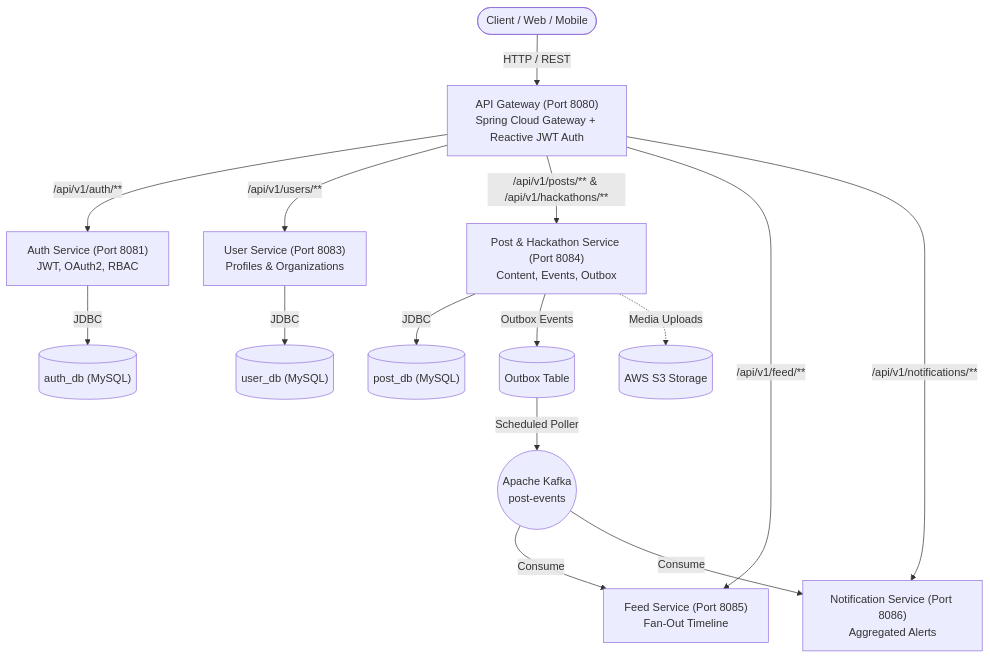
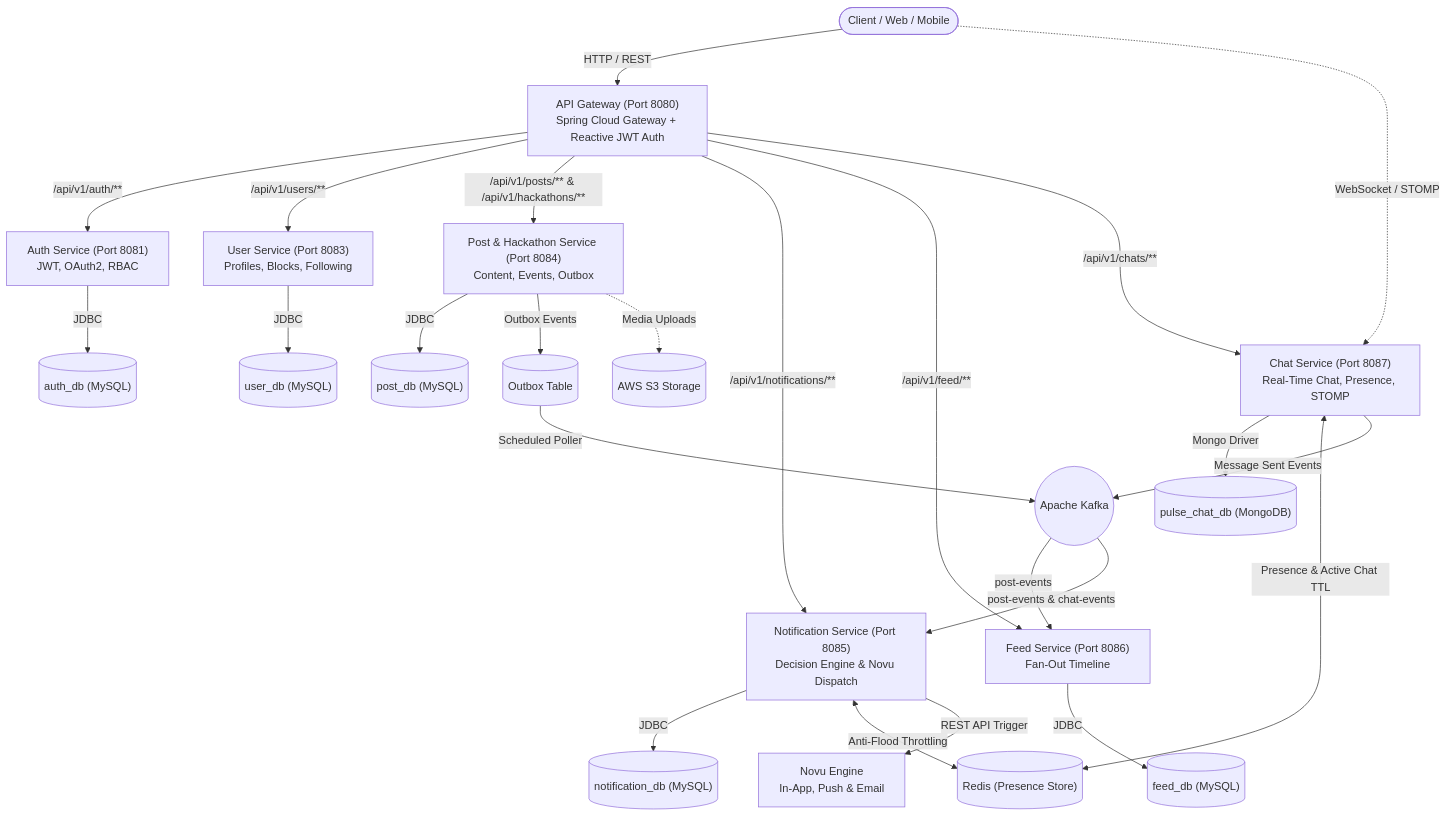
One commit to vidhika-anjne/social-platform changed the diagram in README.md. Above: the diagram before and after it, drawn with Mermaid. The commit also changed other lines of this file, not shown here.

Commit message:
Update README: remove API reference, local dev setup, and testing sections; document chat-service and Novu

````diff
--- a/README.md
+++ b/README.md
@@ -16,22 +19,32 @@
 ```mermaid
 flowchart TD
     Client(["Client / Web / Mobile"]) -->|HTTP / REST| Gateway["API Gateway (Port 8080)<br/>Spring Cloud Gateway + Reactive JWT Auth"]
+    Client -.->|WebSocket / STOMP| Chat["Chat Service (Port 8087)<br/>Real-Time Chat, Presence, STOMP"]
 
     Gateway -->|/api/v1/auth/**| Auth["Auth Service (Port 8081)<br/>JWT, OAuth2, RBAC"]
-    Gateway -->|/api/v1/users/**| User["User Service (Port 8083)<br/>Profiles & Organizations"]
+    Gateway -->|/api/v1/users/**| User["User Service (Port 8083)<br/>Profiles, Blocks, Following"]
     Gateway -->|/api/v1/posts/** & /api/v1/hackathons/**| Post["Post & Hackathon Service (Port 8084)<br/>Content, Events, Outbox"]
-    Gateway -->|/api/v1/feed/**| Feed["Feed Service (Port 8085)<br/>Fan-Out Timeline"]
-    Gateway -->|/api/v1/notifications/**| Notif["Notification Service (Port 8086)<br/>Aggregated Alerts"]
+    Gateway -->|/api/v1/notifications/**| Notif["Notification Service (Port 8085)<br/>Decision Engine & Novu Dispatch"]
+    Gateway -->|/api/v1/feed/**| Feed["Feed Service (Port 8086)<br/>Fan-Out Timeline"]
+    Gateway -->|/api/v1/chats/**| Chat
 
     Auth -->|JDBC| AuthDB[("auth_db (MySQL)")]
     User -->|JDBC| UserDB[("user_db (MySQL)")]
     Post -->|JDBC| PostDB[("post_db (MySQL)")]
+    Notif -->|JDBC| NotifDB[("notification_db (MySQL)")]
+    Feed -->|JDBC| FeedDB[("feed_db (MySQL)")]
+    Chat -->|Mongo Driver| ChatDB[("pulse_chat_db (MongoDB)")]
+
+    Chat <-->|Presence & Active Chat TTL| RedisStore[("Redis (Presence Store)")]
+    Notif <-->|Anti-Flood Throttling| RedisStore
 
     Post -->|Outbox Events| OutboxTable[("Outbox Table")]
-    OutboxTable -->|Scheduled Poller| Kafka(("Apache Kafka<br/>post-events"))
-    
-    Kafka -->|Consume| Feed
-    Kafka -->|Consume| Notif
-    
+    OutboxTable -->|Scheduled Poller| Kafka(("Apache Kafka"))
+    Chat -->|Message Sent Events| Kafka
+
+    Kafka -->|post-events| Feed
+    Kafka -->|post-events & chat-events| Notif
+
+    Notif -->|REST API Trigger| NovuEngine["Novu Engine<br/>In-App, Push & Email"]
     Post -.->|Media Uploads| S3[("AWS S3 Storage")]
 ```
````
